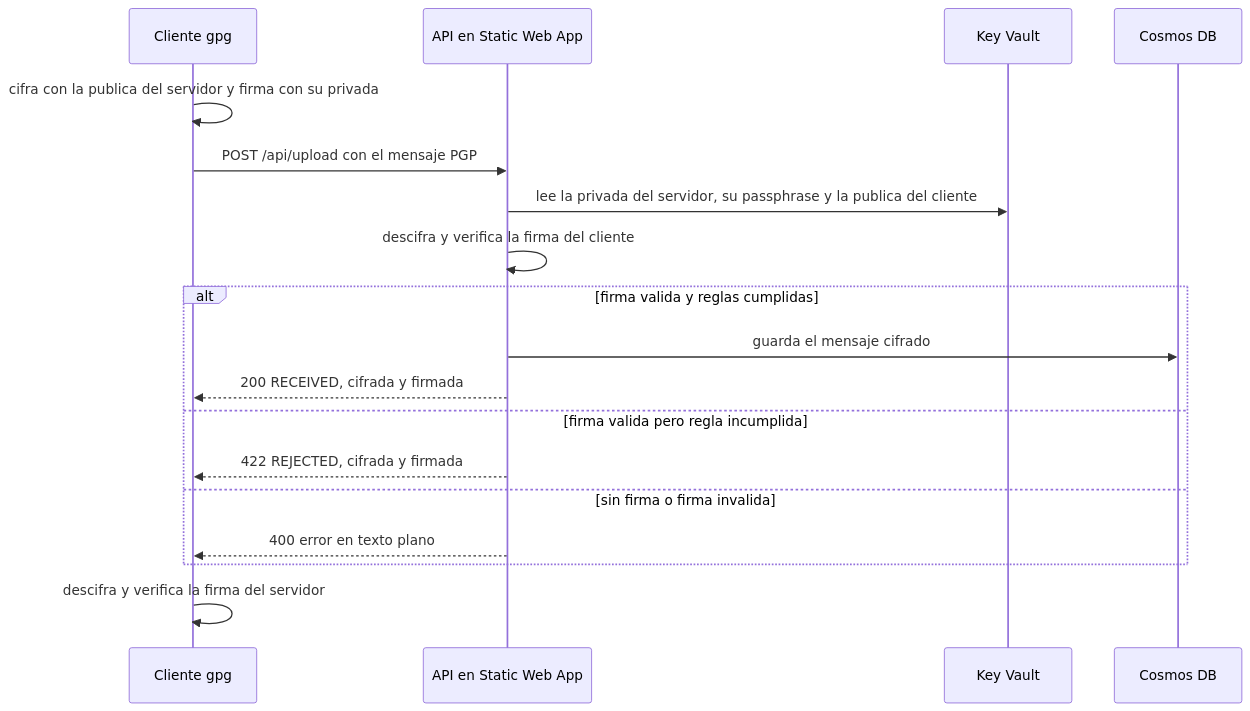
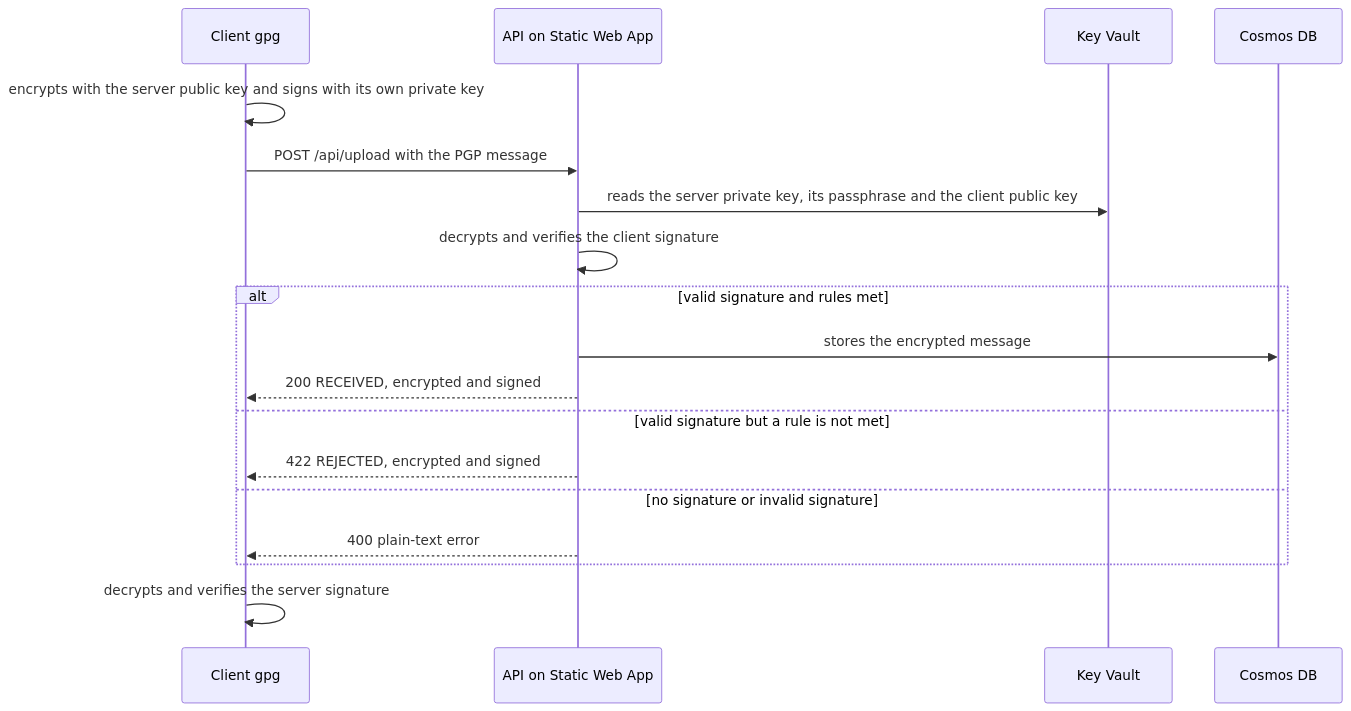
Before and after one commit to MrDiamond11/secure-file-exchange: the diagram in README.md, drawn with Mermaid. The commit also changed other lines of this file and 1 other file, not shown here.

````diff
--- a/README.md
+++ b/README.md
@@ -17,20 +19,20 @@
 ```mermaid
 sequenceDiagram
-    participant C as Cliente gpg
-    participant A as API en Static Web App
+    participant C as Client gpg
+    participant A as API on Static Web App
     participant K as Key Vault
     participant D as Cosmos DB
-    C->>C: cifra con la publica del servidor y firma con su privada
-    C->>A: POST /api/upload con el mensaje PGP
-    A->>K: lee la privada del servidor, su passphrase y la publica del cliente
-    A->>A: descifra y verifica la firma del cliente
-    alt firma valida y reglas cumplidas
-        A->>D: guarda el mensaje cifrado
-        A-->>C: 200 RECEIVED, cifrada y firmada
-    else firma valida pero regla incumplida
-        A-->>C: 422 REJECTED, cifrada y firmada
-    else sin firma o firma invalida
-        A-->>C: 400 error en texto plano
+    C->>C: encrypts with the server public key and signs with its own private key
+    C->>A: POST /api/upload with the PGP message
+    A->>K: reads the server private key, its passphrase and the client public key
+    A->>A: decrypts and verifies the client signature
+    alt valid signature and rules met
+        A->>D: stores the encrypted message
+        A-->>C: 200 RECEIVED, encrypted and signed
+    else valid signature but a rule is not met
+        A-->>C: 422 REJECTED, encrypted and signed
+    else no signature or invalid signature
+        A-->>C: 400 plain-text error
     end
-    C->>C: descifra y verifica la firma del servidor
+    C->>C: decrypts and verifies the server signature
 ```
````
